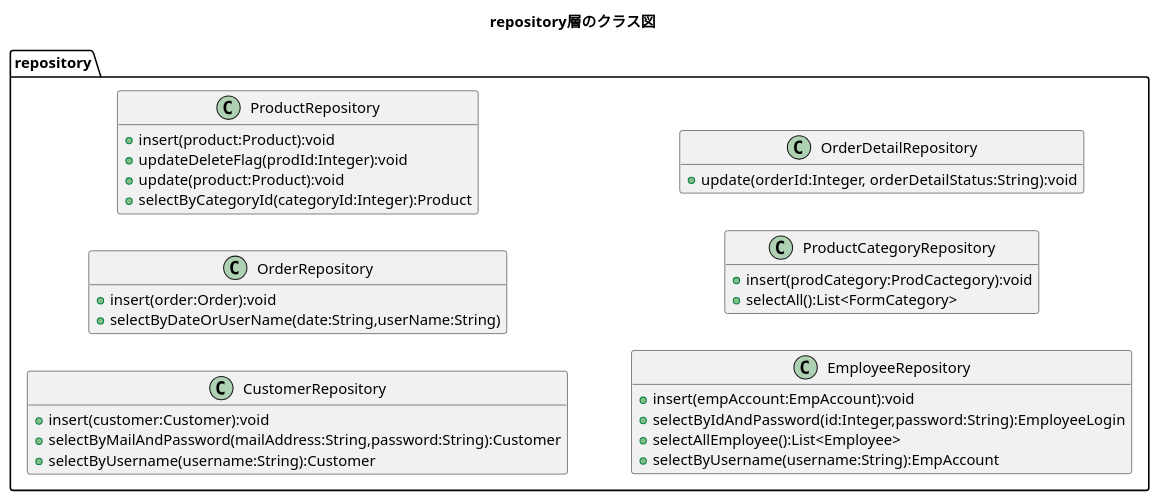
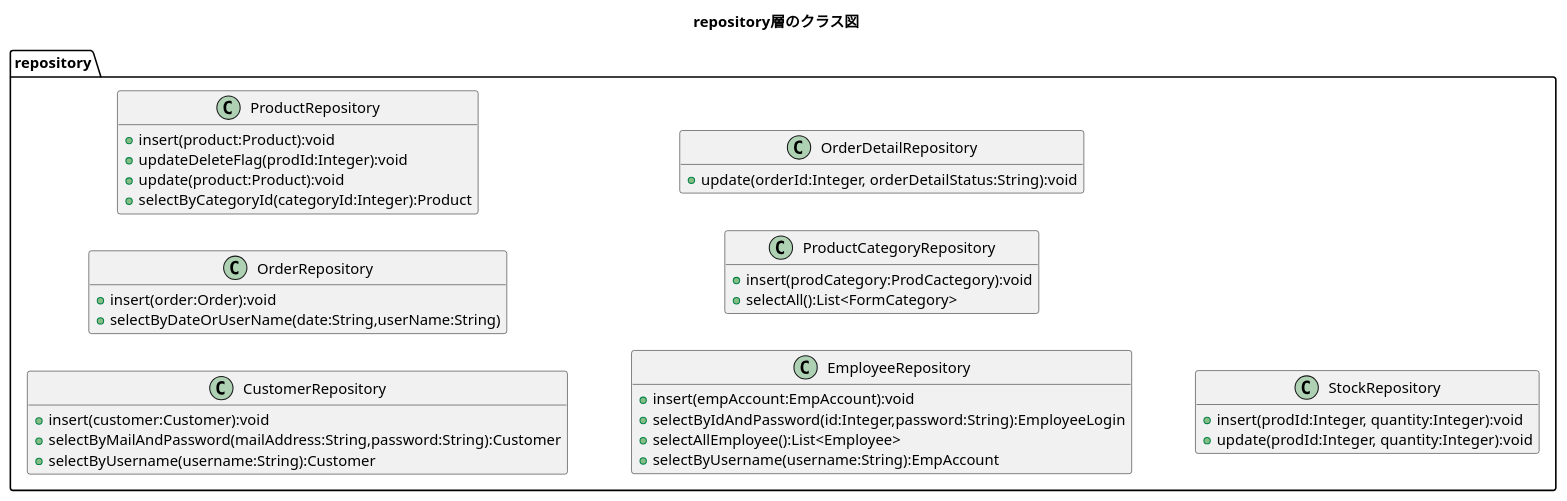
The diagram in plan/uml/class/repository.plantuml (kanavii3333/ec-b), drawn with PlantUML before and after one commit. The commit also changed 3 other files, not shown here.

```diff
--- a/plan/uml/class/repository.plantuml
+++ b/plan/uml/class/repository.plantuml
@@ -1,41 +1,45 @@
 @startuml
 title repository層のクラス図
 hide empty members
 left to right direction
 
 package repository{
     class CustomerRepository{
         +insert(customer:Customer):void
         +selectByMailAndPassword(mailAddress:String,password:String):Customer
         +selectByUsername(username:String):Customer
     }
 
     class OrderRepository{
         +insert(order:Order):void
         +selectByDateOrUserName(date:String,userName:String)
     }
 
     class ProductRepository{
         +insert(product:Product):void
 		+updateDeleteFlag(prodId:Integer):void
         +update(product:Product):void
         +selectByCategoryId(categoryId:Integer):Product
     }
 
     class EmployeeRepository{
         +insert(empAccount:EmpAccount):void
         +selectByIdAndPassword(id:Integer,password:String):EmployeeLogin
         +selectAllEmployee():List<Employee>
         +selectByUsername(username:String):EmpAccount
     }
 
     class ProductCategoryRepository{
         +insert(prodCategory:ProdCactegory):void
         +selectAll():List<FormCategory>
     }
 
     class OrderDetailRepository{
         +update(orderId:Integer, orderDetailStatus:String):void
     }
-}
+    
+    class StockRepository{
+    	+insert(prodId:Integer, quantity:Integer):void
+    	+update(prodId:Integer, quantity:Integer):void
+	}
 @enduml
```
